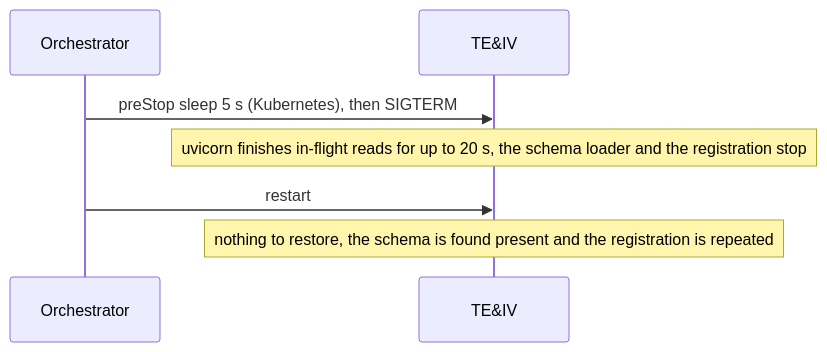
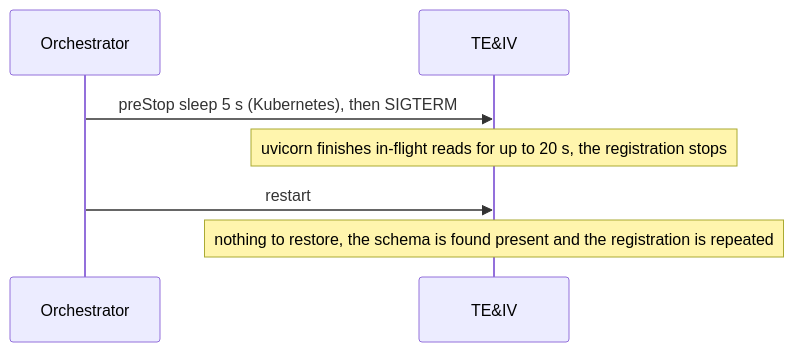
The third of 3 diagrams in smo/teiv/docs/lifecycle.md (rsys-bshankar/ai-ran-smo), drawn with Mermaid before and after one commit. The commit also changed other lines of this file and 12 other files, not shown here.

First line of the commit message:
TE&IV reads fan out with asyncio per read; the decorator schema is loaded by the readiness probe

````diff
--- a/smo/teiv/docs/lifecycle.md
+++ b/smo/teiv/docs/lifecycle.md
@@ -82,10 +80,10 @@
 ```mermaid
 sequenceDiagram
     participant O as Orchestrator
     participant T as TE&IV
 
     O->>T: preStop sleep 5 s (Kubernetes), then SIGTERM
-    Note over T: uvicorn finishes in-flight reads for up to 20 s, the schema loader and the registration stop
+    Note over T: uvicorn finishes in-flight reads for up to 20 s, the registration stops
     O->>T: restart
     Note over T: nothing to restore, the schema is found present and the registration is repeated
 ```
````
